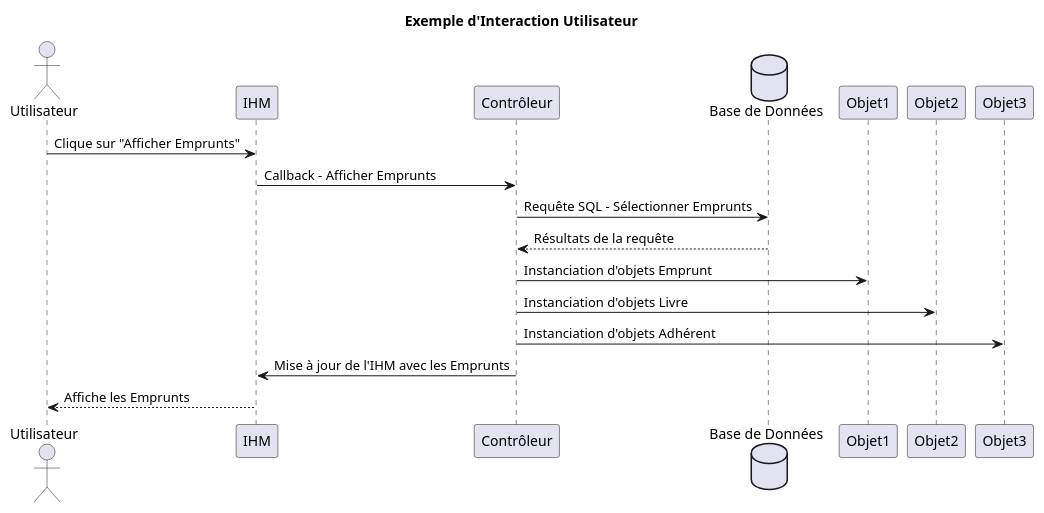
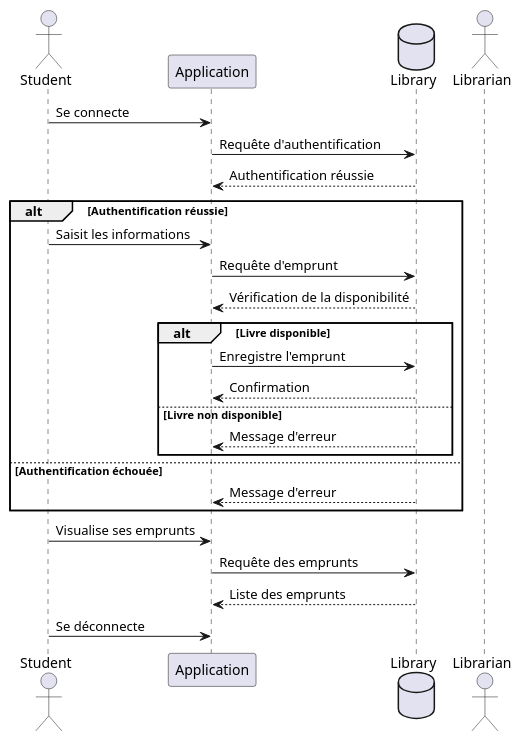
One commit to NajiOussama/LibraryManagementSoftware changed the diagram in src/main/DiagrammesUML/SeqBiblio.puml. Above: the diagram before and after it, drawn with PlantUML. The commit also changed 6 other files, not shown here.

```diff
--- a/src/main/DiagrammesUML/SeqBiblio.puml
+++ b/src/main/DiagrammesUML/SeqBiblio.puml
@@ -1,23 +1,30 @@
 @startuml
+actor Student
+participant "Application" as App
+database Library
+actor Librarian
 
-title Exemple d'Interaction Utilisateur
+Student -> App: Se connecte
+App -> Library: Requête d'authentification
+Library --> App: Authentification réussie
 
-actor Utilisateur
-participant IHM
-participant Contrôleur
-database "Base de Données" as BD
-participant Objet1
-participant Objet2
-participant Objet3
+alt Authentification réussie
+    Student -> App: Saisit les informations
+    App -> Library: Requête d'emprunt
+    Library --> App: Vérification de la disponibilité
+    alt Livre disponible
+        App -> Library: Enregistre l'emprunt
+        Library --> App: Confirmation
+    else Livre non disponible
+        Library --> App: Message d'erreur
+    end
+else Authentification échouée
+    Library --> App: Message d'erreur
+end
 
-Utilisateur -> IHM: Clique sur "Afficher Emprunts"
-IHM -> Contrôleur: Callback - Afficher Emprunts
-Contrôleur -> BD: Requête SQL - Sélectionner Emprunts
-BD --> Contrôleur: Résultats de la requête
-Contrôleur -> Objet1: Instanciation d'objets Emprunt
-Contrôleur -> Objet2: Instanciation d'objets Livre
-Contrôleur -> Objet3: Instanciation d'objets Adhérent
-Contrôleur -> IHM: Mise à jour de l'IHM avec les Emprunts
-IHM --> Utilisateur: Affiche les Emprunts
+Student -> App: Visualise ses emprunts
+App -> Library: Requête des emprunts
+Library --> App: Liste des emprunts
 
+Student -> App: Se déconnecte
 @enduml
```
